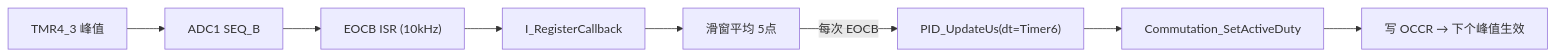
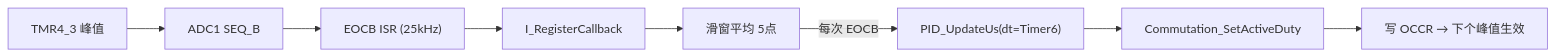
Before and after one commit to HCHCHC99/WS_L: the first of 2 diagrams in ws_L_v.1.0.2/PI电流环.md, drawn with Mermaid. The commit also changed other lines of this file and 6 other files, not shown here.

````diff
--- a/ws_L_v.1.0.2/PI电流环.md
+++ b/ws_L_v.1.0.2/PI电流环.md
@@ -91,10 +91,10 @@
 ```mermaid
 flowchart LR
     PWM["TMR4_3 峰值"] --> ADC["ADC1 SEQ_B"]
-    ADC --> ISR["EOCB ISR (10kHz)"]
+    ADC --> ISR["EOCB ISR (25kHz)"]
     ISR --> CB["I_RegisterCallback"]
     CB --> ACC["滑窗平均 5点"]
     ACC -->|"每次 EOCB"| CTL["PID_UpdateUs(dt=Timer6)"]
     CTL --> DUTY["Commutation_SetActiveDuty"]
     DUTY --> OCCR["写 OCCR → 下个峰值生效"]
 ```
````
